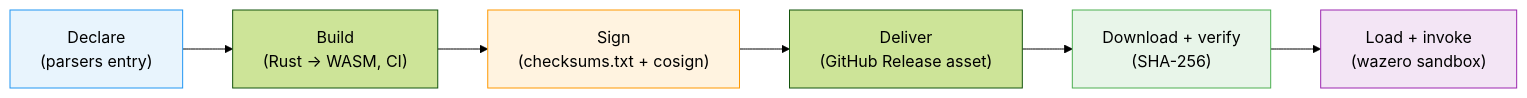
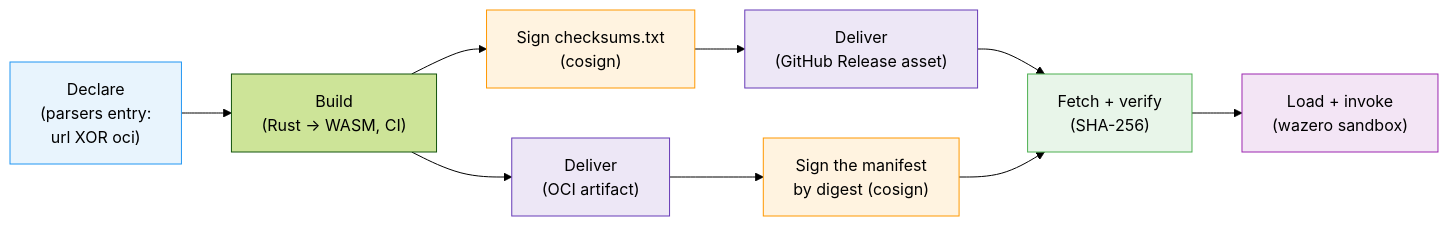
One commit to datamitsu/datamitsu changed the first of 3 diagrams in website/docs/guides/architecture/parsers.md. Above: the diagram before and after it, drawn with Mermaid (forest theme). The commit also changed other lines of this file and 47 other files, not shown here.

First line of the commit message:
feat(parsers): pull WASM parser modules from an OCI registry (#253)

````diff
--- a/website/docs/guides/architecture/parsers.md
+++ b/website/docs/guides/architecture/parsers.md
@@ -82,13 +86,19 @@
 ```mermaid
 graph LR
-    A["Declare<br/>(parsers entry)"] --> B["Build<br/>(Rust → WASM, CI)"]
-    B --> C["Sign<br/>(checksums.txt + cosign)"]
-    C --> D["Deliver<br/>(GitHub Release asset)"]
-    D --> E["Download + verify<br/>(SHA-256)"]
+    A["Declare<br/>(parsers entry:<br/>url XOR oci)"] --> B["Build<br/>(Rust → WASM, CI)"]
+    B --> C1["Sign checksums.txt<br/>(cosign)"]
+    C1 --> D1["Deliver<br/>(GitHub Release asset)"]
+    B --> D2["Deliver<br/>(OCI artifact)"]
+    D2 --> C2["Sign the manifest<br/>by digest (cosign)"]
+    D1 --> E["Fetch + verify<br/>(SHA-256)"]
+    C2 --> E
     E --> F["Load + invoke<br/>(wazero sandbox)"]
 
     style A fill:#e8f4fd,stroke:#2196f3
-    style C fill:#fff3e0,stroke:#ff9800
+    style C1 fill:#fff3e0,stroke:#ff9800
+    style C2 fill:#fff3e0,stroke:#ff9800
+    style D1 fill:#ede7f6,stroke:#673ab7
+    style D2 fill:#ede7f6,stroke:#673ab7
     style E fill:#e8f5e9,stroke:#4caf50
     style F fill:#f3e5f5,stroke:#9c27b0
 ```
````
